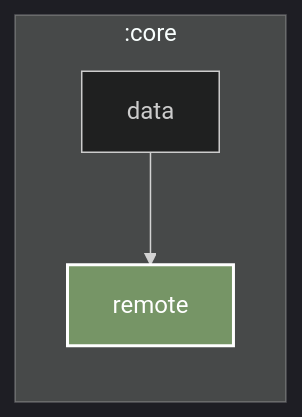
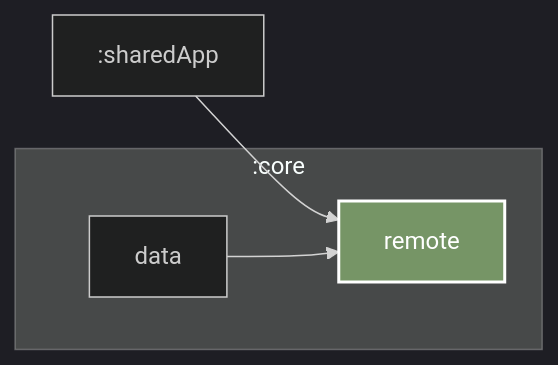
The diagram in core/remote/README.md (sadellie/unitto), drawn with Mermaid before and after one commit. The commit also changed 143 other files, not shown here.

````diff
--- a/core/remote/README.md
+++ b/core/remote/README.md
@@ -7,17 +7,18 @@
 ```mermaid
 %%{
   init: {
     'theme': 'dark'
   }
 }%%
 
 graph LR
   subgraph :core
+    :core:remote["remote"]
     :core:data["data"]
-    :core:remote["remote"]
   end
+  :sharedApp --> :core:remote
   :core:data --> :core:remote
 
 classDef focus fill:#769566,stroke:#fff,stroke-width:2px,color:#fff;
 class :core:remote focus
 ```
````
